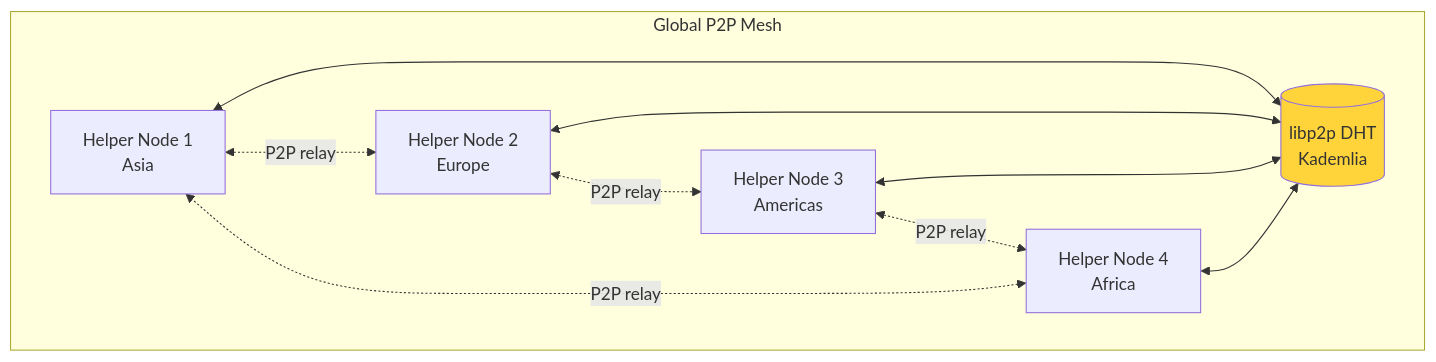
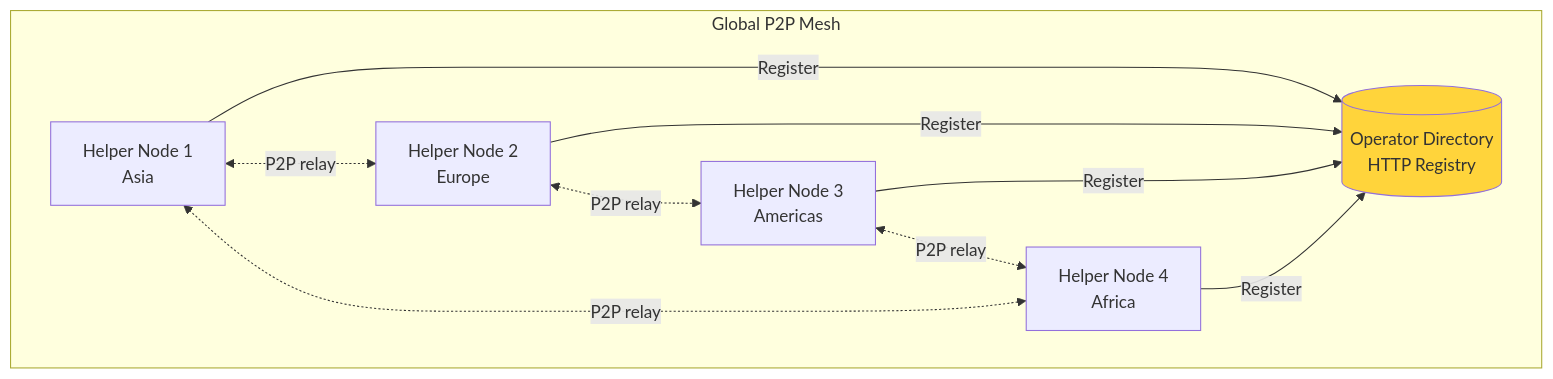
Before and after one commit to QW1CKS/qnet: the eighth of 15 diagrams in README.md, drawn with Mermaid. The commit also changed other lines of this file and 39 other files, not shown here.

First line of the commit message:
feat: Implement operator directory for peer discovery

````diff
--- a/README.md
+++ b/README.md
@@ -287,23 +287,23 @@
 ```mermaid
 graph TB
     subgraph "Global P2P Mesh"
         H1[Helper Node 1<br/>Asia]
         H2[Helper Node 2<br/>Europe]
         H3[Helper Node 3<br/>Americas]
         H4[Helper Node 4<br/>Africa]
         
-        DHT[(libp2p DHT<br/>Kademlia)]
+        DIR[(Operator Directory<br/>HTTP Registry)]
         
-        H1 <--> DHT
-        H2 <--> DHT
-        H3 <--> DHT
-        H4 <--> DHT
+        H1 -->|Register| DIR
+        H2 -->|Register| DIR
+        H3 -->|Register| DIR
+        H4 -->|Register| DIR
         
         H1 <-.P2P relay.-> H2
         H2 <-.P2P relay.-> H3
         H3 <-.P2P relay.-> H4
         H4 <-.P2P relay.-> H1
     end
     
-    style DHT fill:#ffd43b
+    style DIR fill:#ffd43b
 ```
````
